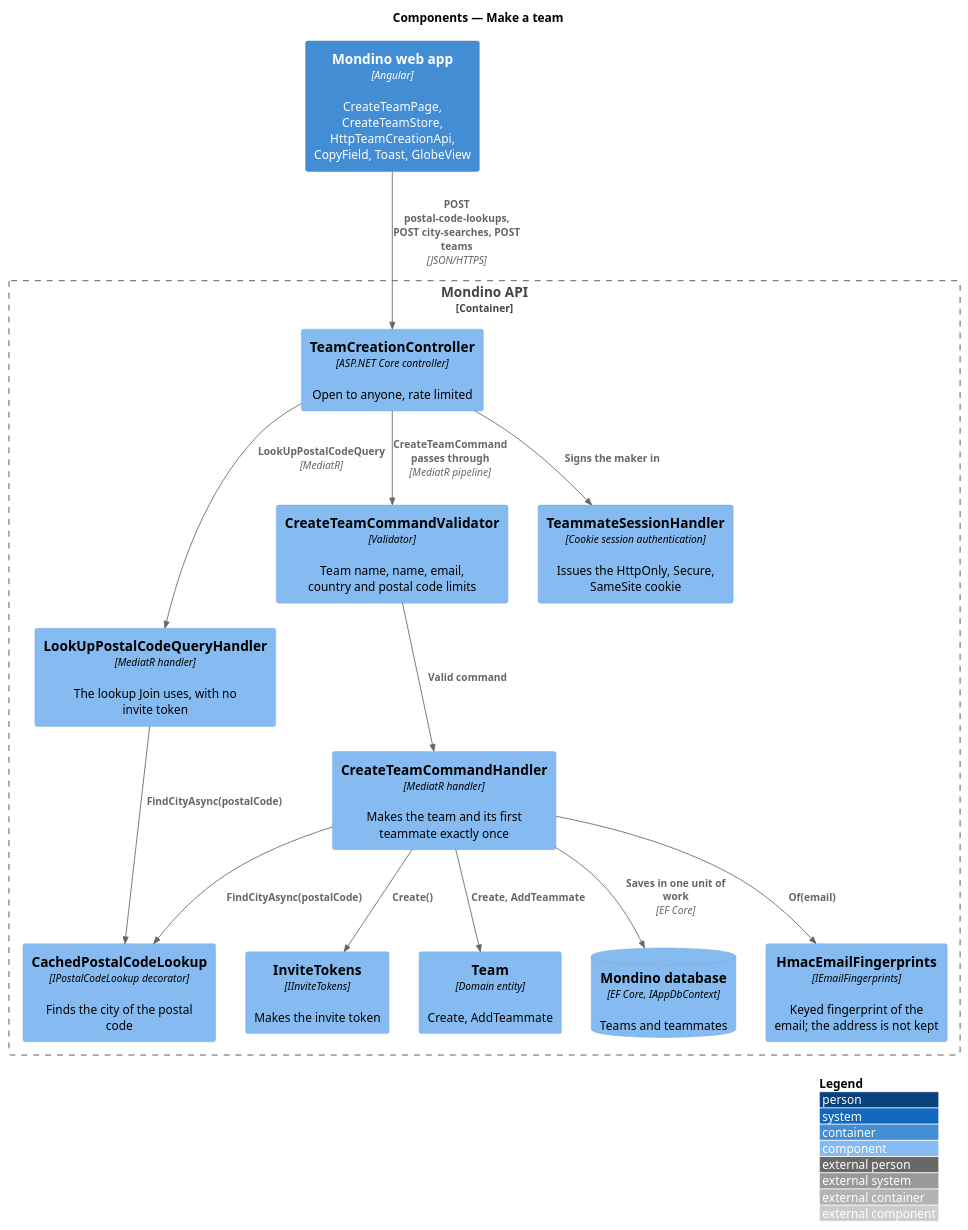
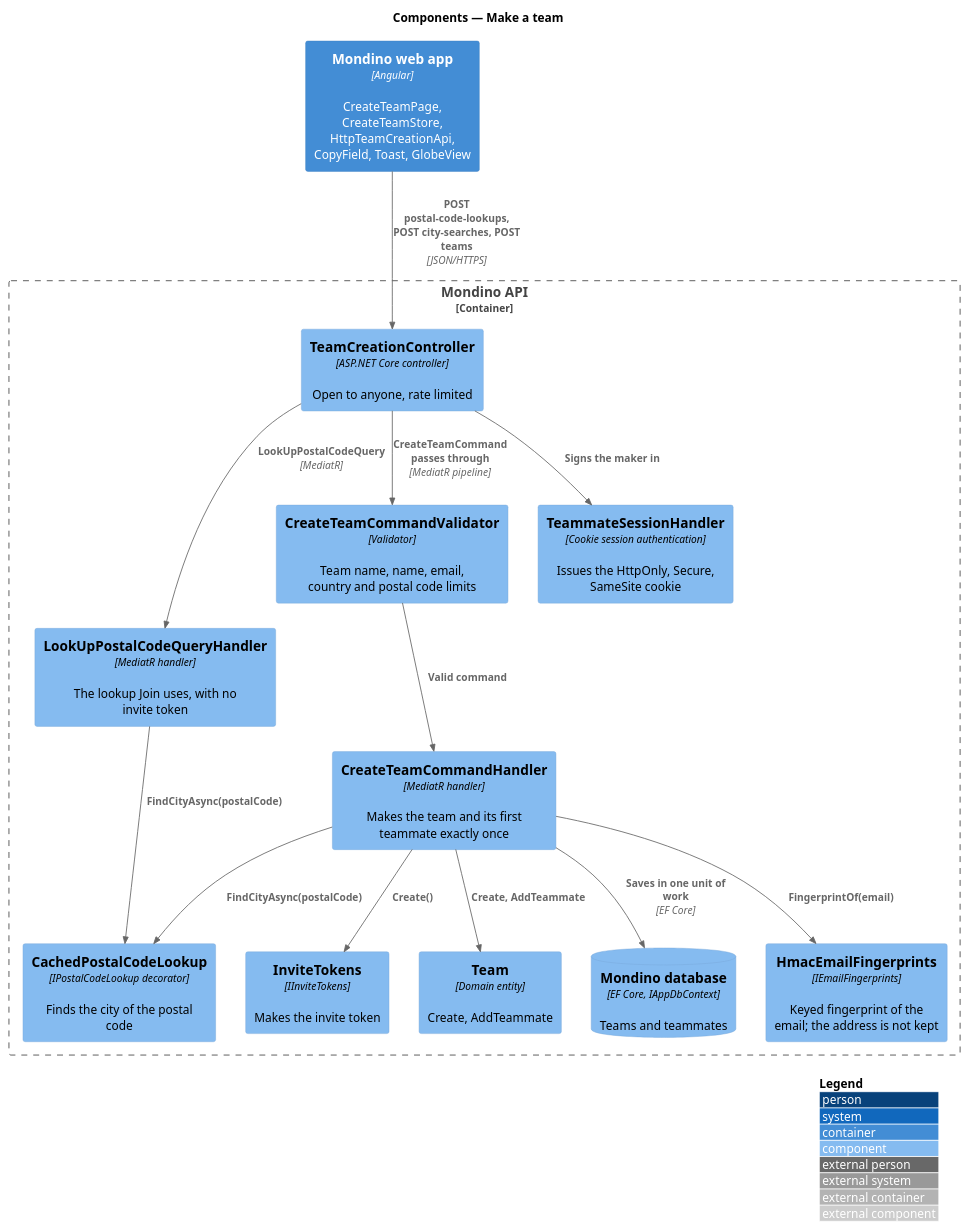
The diagram in docs/detailed-designs/joining/make-team/diagrams/c4-component.puml (QuinntyneBrown/Mondino), drawn with PlantUML before and after one commit. The commit also changed 7 other files, not shown here.

```diff
--- a/docs/detailed-designs/joining/make-team/diagrams/c4-component.puml
+++ b/docs/detailed-designs/joining/make-team/diagrams/c4-component.puml
@@ -1,30 +1,30 @@
 @startuml
 !include <C4/C4_Component>
 LAYOUT_WITH_LEGEND()
 title Components — Make a team
 
 Container(web, "Mondino web app", "Angular", "CreateTeamPage, CreateTeamStore, HttpTeamCreationApi, CopyField, Toast, GlobeView")
 Container_Boundary(api, "Mondino API") {
   Component(ctrl, "TeamCreationController", "ASP.NET Core controller", "Open to anyone, rate limited")
   Component(lookupq, "LookUpPostalCodeQueryHandler", "MediatR handler", "The lookup Join uses, with no invite token")
   Component(validator, "CreateTeamCommandValidator", "Validator", "Team name, name, email, country and postal code limits")
   Component(fingerprints, "HmacEmailFingerprints", "IEmailFingerprints", "Keyed fingerprint of the email; the address is not kept")
   Component(handler, "CreateTeamCommandHandler", "MediatR handler", "Makes the team and its first teammate exactly once")
   Component(tokens, "InviteTokens", "IInviteTokens", "Makes the invite token")
   Component(lookup, "CachedPostalCodeLookup", "IPostalCodeLookup decorator", "Finds the city of the postal code")
   Component(team, "Team", "Domain entity", "Create, AddTeammate")
   Component(session, "TeammateSessionHandler", "Cookie session authentication", "Issues the HttpOnly, Secure, SameSite cookie")
   ComponentDb(db, "Mondino database", "EF Core, IAppDbContext", "Teams and teammates")
 }
 Rel(web, ctrl, "POST postal-code-lookups, POST city-searches, POST teams", "JSON/HTTPS")
 Rel(ctrl, lookupq, "LookUpPostalCodeQuery", "MediatR")
 Rel(ctrl, validator, "CreateTeamCommand passes through", "MediatR pipeline")
 Rel(validator, handler, "Valid command")
 Rel(lookupq, lookup, "FindCityAsync(postalCode)")
 Rel(handler, lookup, "FindCityAsync(postalCode)")
 Rel(handler, tokens, "Create()")
-Rel(handler, fingerprints, "Of(email)")
+Rel(handler, fingerprints, "FingerprintOf(email)")
 Rel(handler, team, "Create, AddTeammate")
 Rel(handler, db, "Saves in one unit of work", "EF Core")
 Rel(ctrl, session, "Signs the maker in")
 @enduml
```
